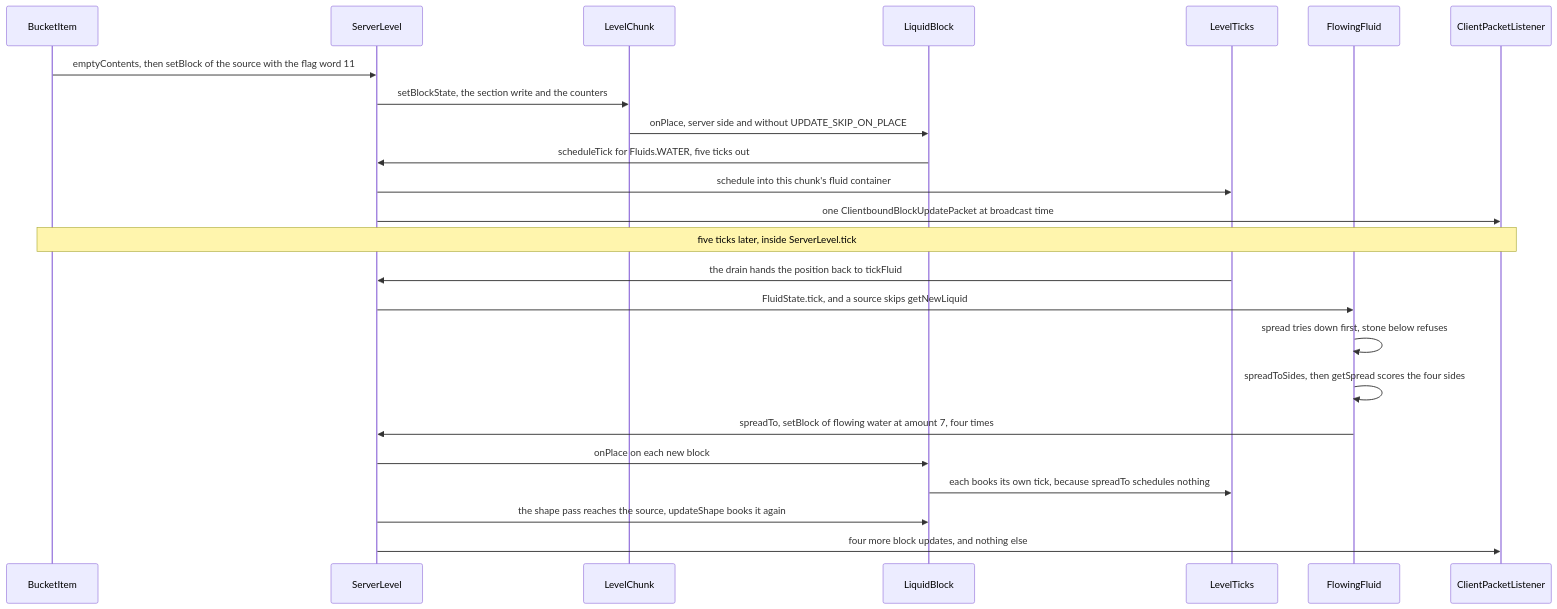
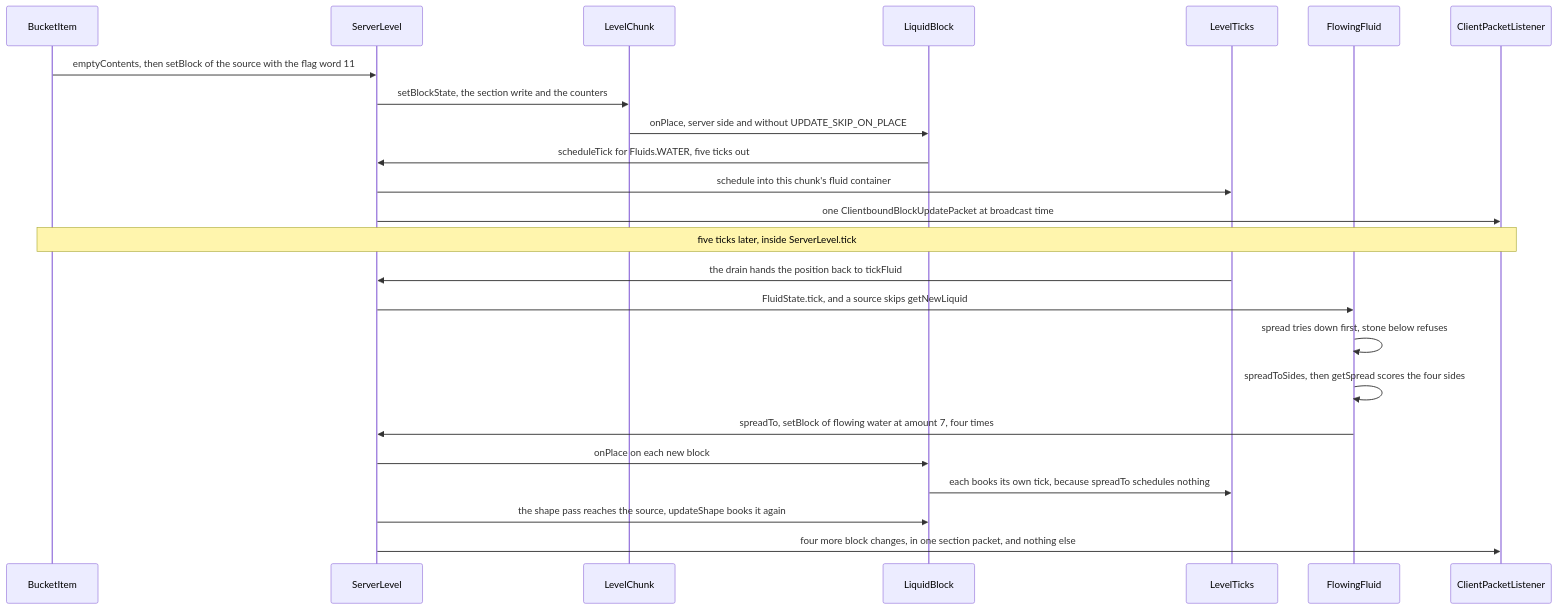
Before and after one commit to AlexanderjFraser/MinecraftDocs: the first of 2 diagrams in src/systems/world/fluids.md, drawn with Mermaid. The commit also changed other lines of this file and 21 other files, not shown here.

````diff
--- a/src/systems/world/fluids.md
+++ b/src/systems/world/fluids.md
@@ -107,27 +114,27 @@
 ```mermaid
 sequenceDiagram
     participant BI as BucketItem
     participant SL as ServerLevel
     participant LC as LevelChunk
     participant LB as LiquidBlock
     participant LTs as LevelTicks
     participant FF as FlowingFluid
     participant CPL as ClientPacketListener
 
     BI->>SL: emptyContents, then setBlock of the source with the flag word 11
     SL->>LC: setBlockState, the section write and the counters
     LC->>LB: onPlace, server side and without UPDATE_SKIP_ON_PLACE
     LB->>SL: scheduleTick for Fluids.WATER, five ticks out
     SL->>LTs: schedule into this chunk's fluid container
     SL->>CPL: one ClientboundBlockUpdatePacket at broadcast time
     Note over BI,CPL: five ticks later, inside ServerLevel.tick
     LTs->>SL: the drain hands the position back to tickFluid
     SL->>FF: FluidState.tick, and a source skips getNewLiquid
     FF->>FF: spread tries down first, stone below refuses
     FF->>FF: spreadToSides, then getSpread scores the four sides
     FF->>SL: spreadTo, setBlock of flowing water at amount 7, four times
     SL->>LB: onPlace on each new block
     LB->>LTs: each books its own tick, because spreadTo schedules nothing
     SL->>LB: the shape pass reaches the source, updateShape books it again
-    SL->>CPL: four more block updates, and nothing else
+    SL->>CPL: four more block changes, in one section packet, and nothing else
 ```
````
